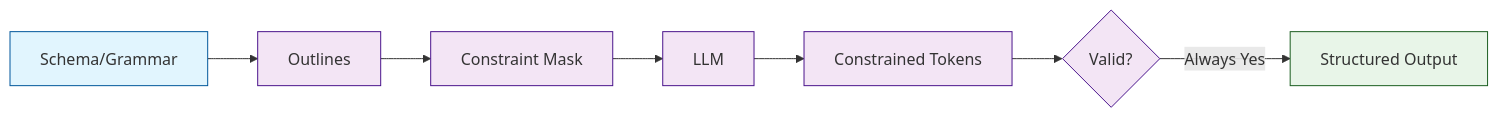
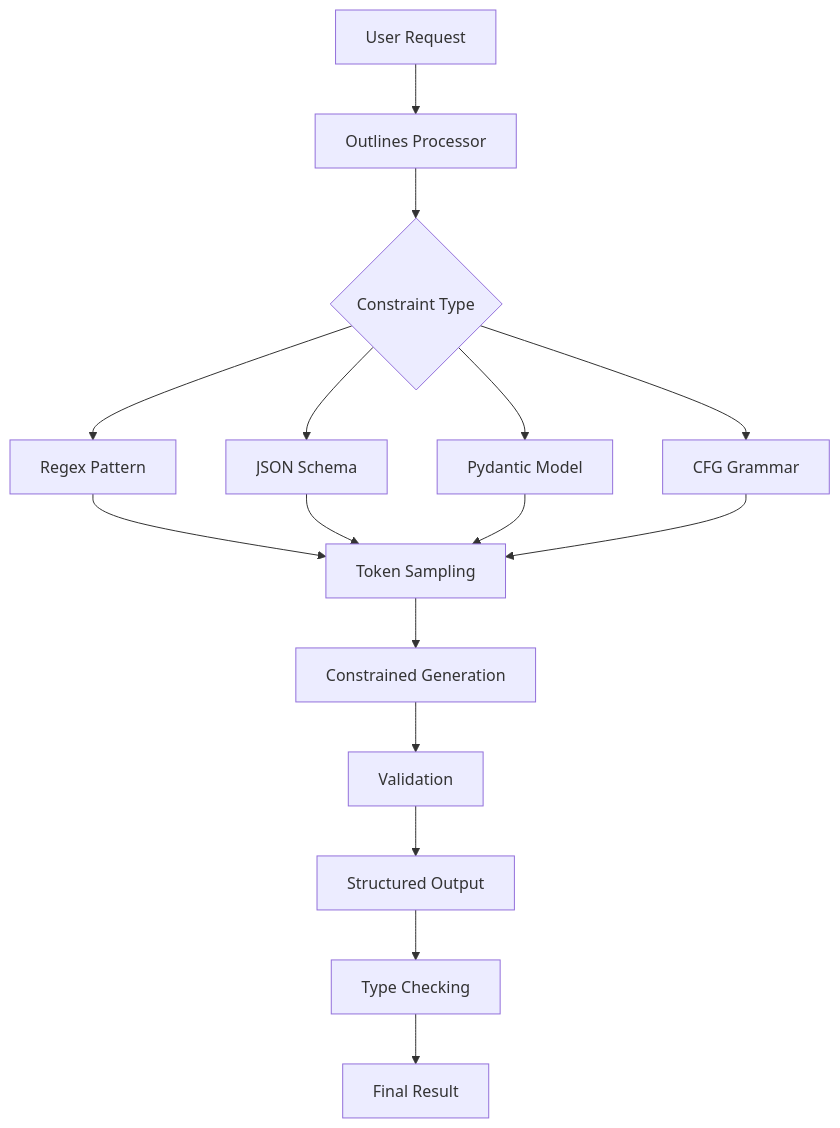
One commit to johnxie/awesome-code-docs changed the diagram in tutorials/outlines-tutorial/index.md. Above: the diagram before and after it, drawn with Mermaid. The commit also changed other lines of this file and 8 other files, not shown here.

````diff
--- a/tutorials/outlines-tutorial/index.md
+++ b/tutorials/outlines-tutorial/index.md
@@ -37,17 +62,22 @@
 ```mermaid
-flowchart LR
-    A[Schema/Grammar] --> B[Outlines]
-    B --> C[Constraint Mask]
-    C --> D[LLM]
-    D --> E[Constrained Tokens]
-    E --> F{Valid?}
-    F -->|Always Yes| G[Structured Output]
-    
-    classDef input fill:#e1f5fe,stroke:#01579b
-    classDef process fill:#f3e5f5,stroke:#4a148c
-    classDef output fill:#e8f5e8,stroke:#1b5e20
-    
-    class A input
-    class B,C,D,E,F process
-    class G output
+graph TD
+    A[User Request] --> B[Outlines Processor]
+    B --> C{Constraint Type}
+
+    C --> D[Regex Pattern]
+    C --> E[JSON Schema]
+    C --> F[Pydantic Model]
+    C --> G[CFG Grammar]
+
+    D --> H[Token Sampling]
+    E --> H
+    F --> H
+    G --> H
+
+    H --> I[Constrained Generation]
+    I --> J[Validation]
+    J --> K[Structured Output]
+
+    K --> L[Type Checking]
+    L --> M[Final Result]
 ```
````
